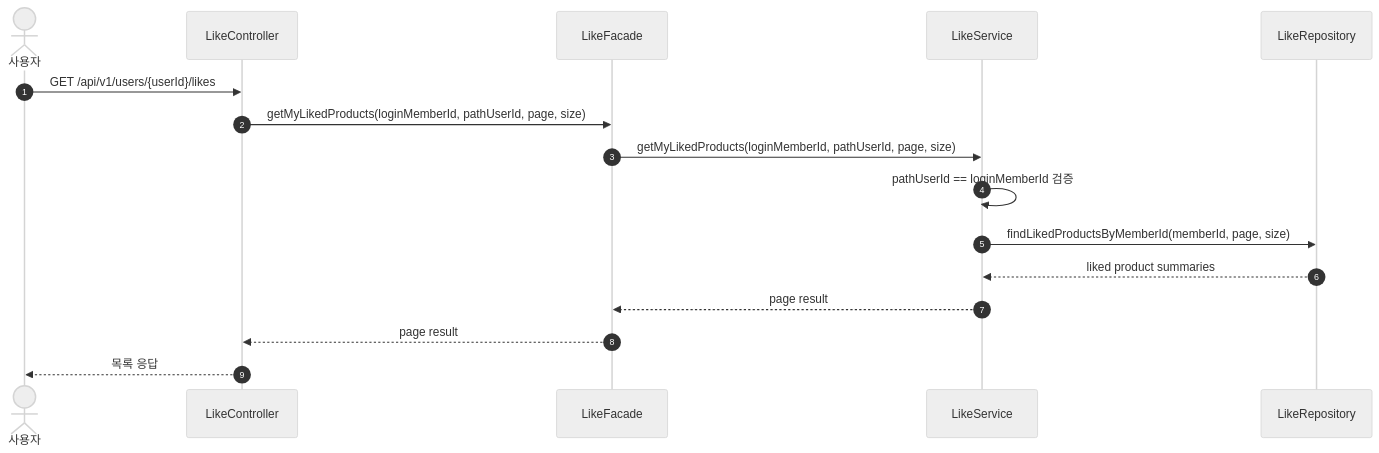
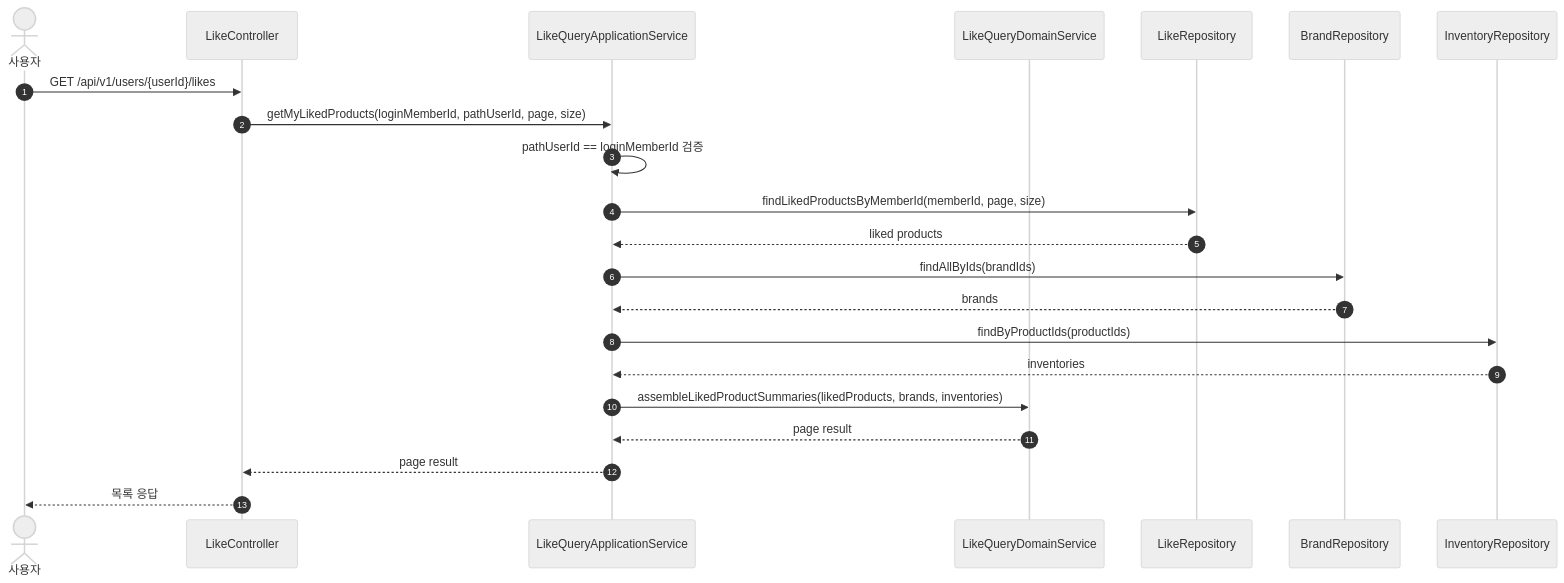
One commit to loopers-labs/loop-pack-be-l2-vol4-kotlin changed the diagram in docs/week2/07-sequence-like-query.md. Above: the diagram before and after it, drawn with Mermaid (neutral theme). The commit also changed other lines of this file and 9 other files, not shown here.

Commit message:
docs: application service 와 domain service 분리에 따른 문서 수정

````diff
--- a/docs/week2/07-sequence-like-query.md
+++ b/docs/week2/07-sequence-like-query.md
@@ -10,19 +10,25 @@
 ```mermaid
 sequenceDiagram
     autonumber
     actor User as 사용자
     participant LikeController as LikeController
-    participant LikeFacade as LikeFacade
-    participant LikeService as LikeService
+    participant LikeAppService as LikeQueryApplicationService
+    participant LikeDomainService as LikeQueryDomainService
     participant LikeRepo as LikeRepository
+    participant BrandRepo as BrandRepository
+    participant InventoryRepo as InventoryRepository
 
     User->>LikeController: GET /api/v1/users/{userId}/likes
-    LikeController->>LikeFacade: getMyLikedProducts(loginMemberId, pathUserId, page, size)
-    LikeFacade->>LikeService: getMyLikedProducts(loginMemberId, pathUserId, page, size)
-    LikeService->>LikeService: pathUserId == loginMemberId 검증
-    LikeService->>LikeRepo: findLikedProductsByMemberId(memberId, page, size)
-    LikeRepo-->>LikeService: liked product summaries
-    LikeService-->>LikeFacade: page result
-    LikeFacade-->>LikeController: page result
+    LikeController->>LikeAppService: getMyLikedProducts(loginMemberId, pathUserId, page, size)
+    LikeAppService->>LikeAppService: pathUserId == loginMemberId 검증
+    LikeAppService->>LikeRepo: findLikedProductsByMemberId(memberId, page, size)
+    LikeRepo-->>LikeAppService: liked products
+    LikeAppService->>BrandRepo: findAllByIds(brandIds)
+    BrandRepo-->>LikeAppService: brands
+    LikeAppService->>InventoryRepo: findByProductIds(productIds)
+    InventoryRepo-->>LikeAppService: inventories
+    LikeAppService->>LikeDomainService: assembleLikedProductSummaries(likedProducts, brands, inventories)
+    LikeDomainService-->>LikeAppService: page result
+    LikeAppService-->>LikeController: page result
     LikeController-->>User: 목록 응답
 ```
````
